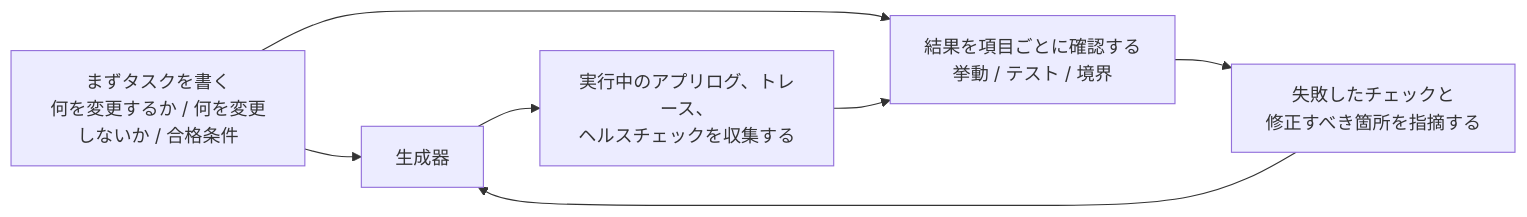
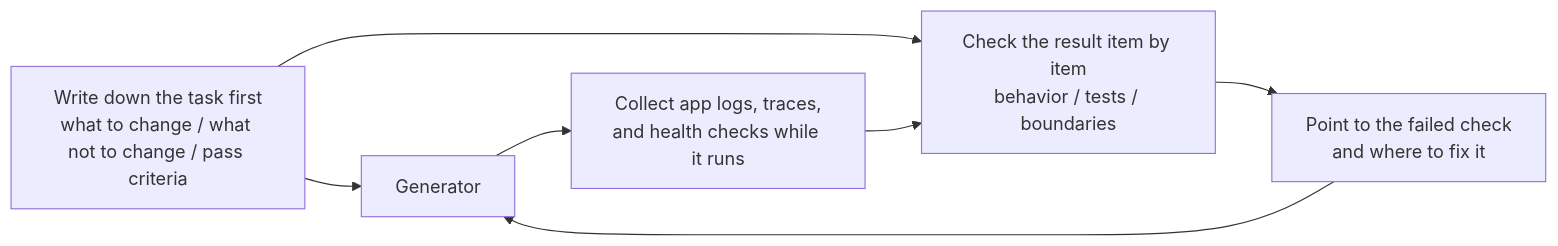
One commit to mkusaka/learn-harness-engineering changed the diagram in docs/en/lectures/lecture-11-why-observability-belongs-inside-the-harness/index.md. Above: the diagram before and after it, drawn with Mermaid. The commit also changed other lines of this file and 684 other files, not shown here.

````diff
--- a/docs/en/lectures/lecture-11-why-observability-belongs-inside-the-harness/index.md
+++ b/docs/en/lectures/lecture-11-why-observability-belongs-inside-the-harness/index.md
@@ -25,9 +25,9 @@
 ```mermaid
 flowchart LR
-    Contract["まずタスクを書く<br/>何を変更するか / 何を変更しないか / 合格条件"] --> Generator["生成器"]
-    Generator --> Signals["実行中のアプリログ、トレース、<br/>ヘルスチェックを収集する"]
-    Contract --> Review["結果を項目ごとに確認する<br/>挙動 / テスト / 境界"]
+    Contract["Write down the task first<br/>what to change / what not to change / pass criteria"] --> Generator["Generator"]
+    Generator --> Signals["Collect app logs, traces,<br/>and health checks while it runs"]
+    Contract --> Review["Check the result item by item<br/>behavior / tests / boundaries"]
     Signals --> Review
-    Review --> Verdict["失敗したチェックと<br/>修正すべき箇所を指摘する"]
+    Review --> Verdict["Point to the failed check<br/>and where to fix it"]
     Verdict --> Generator
 ```
````
